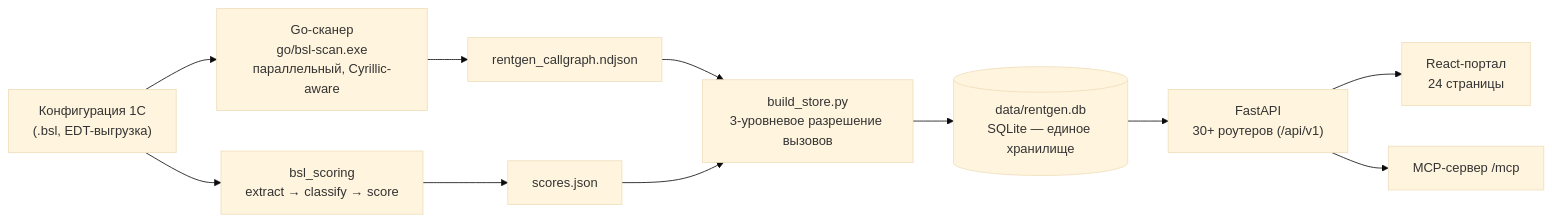
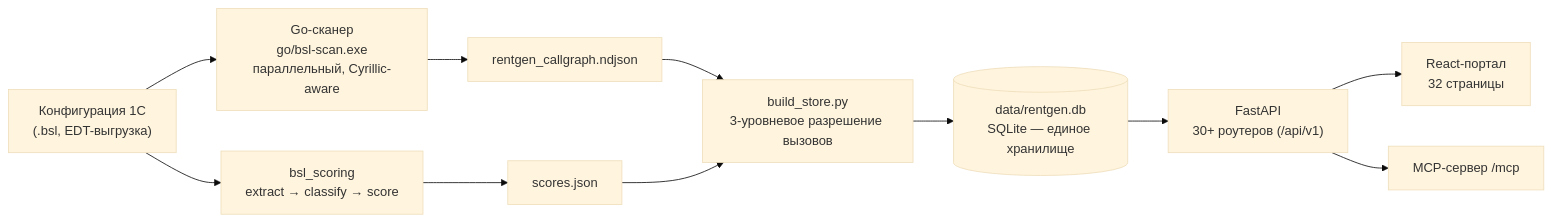
One commit to DmitrL-dev/1cai-public changed the diagram in README.md. Above: the diagram before and after it, drawn with Mermaid (base theme). The commit also changed other lines of this file and 409 other files, not shown here.

````diff
--- a/README.md
+++ b/README.md
@@ -218,19 +242,19 @@
 ```mermaid
 flowchart LR
     BSL["Конфигурация 1С<br/>(.bsl, EDT-выгрузка)"]
     GO["Go-сканер<br/>go/bsl-scan.exe<br/>параллельный, Cyrillic-aware"]
     NDJSON["rentgen_callgraph.ndjson"]
     SCORE["bsl_scoring<br/>extract → classify → score"]
     SCORES["scores.json"]
     BUILD["build_store.py<br/>3-уровневое разрешение вызовов"]
     DB[("data/rentgen.db<br/>SQLite — единое хранилище")]
     API["FastAPI<br/>30+ роутеров (/api/v1)"]
-    UI["React-портал<br/>24 страницы"]
+    UI["React-портал<br/>32 страницы"]
     MCP["MCP-сервер /mcp"]
 
     BSL --> GO --> NDJSON --> BUILD
     BSL --> SCORE --> SCORES --> BUILD
     BUILD --> DB --> API
     API --> UI
     API --> MCP
 ```
````
